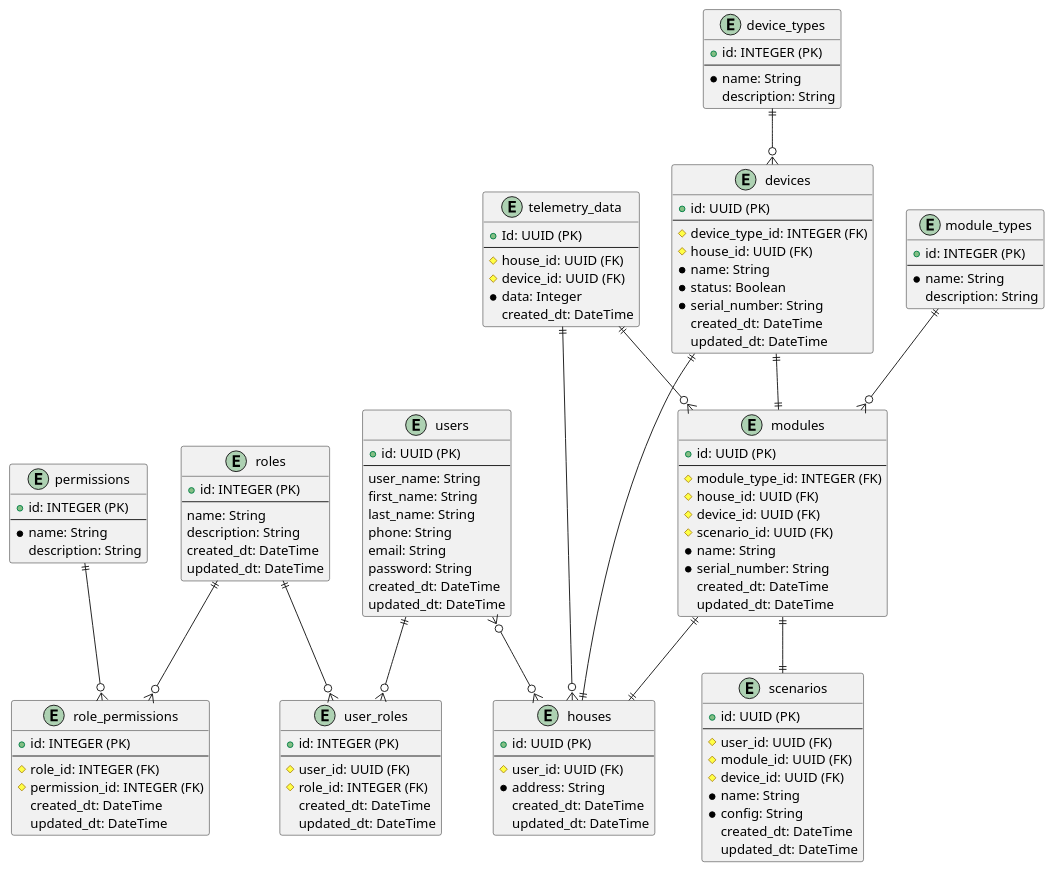
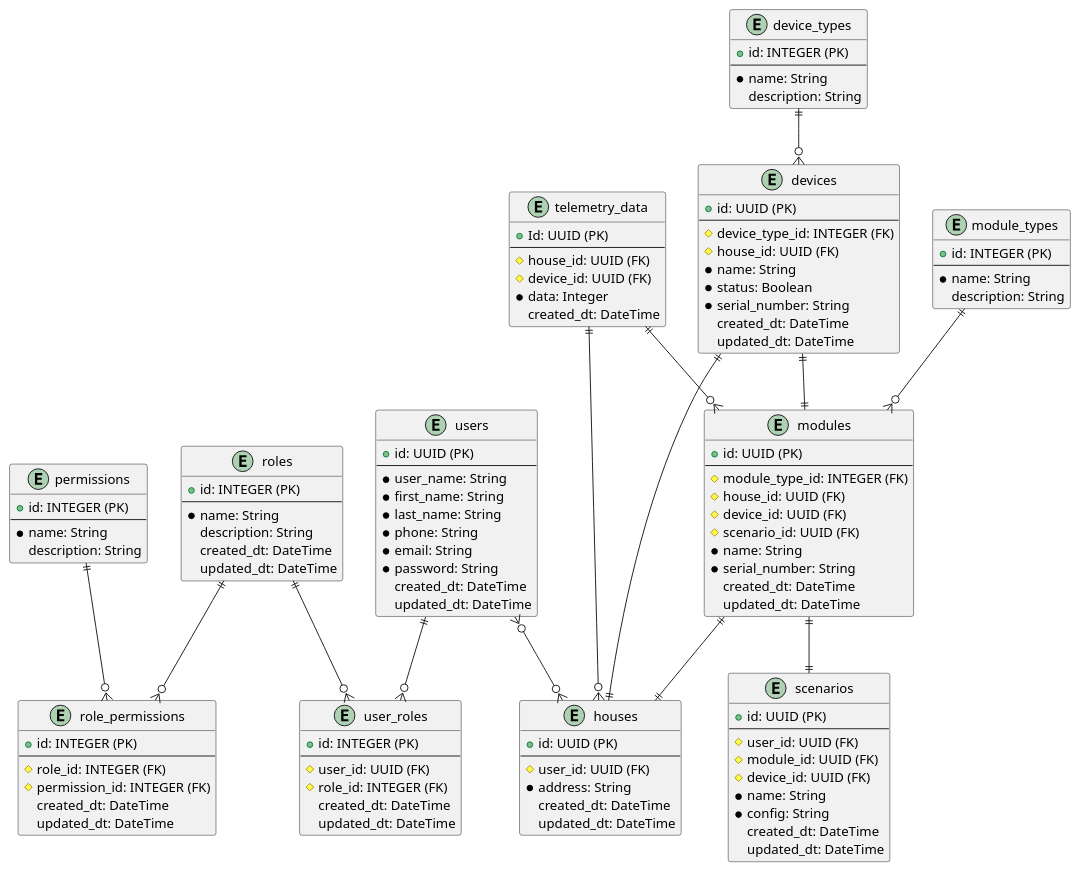
One commit to wiky-avis/architecture-sprint-3 changed the diagram in docs/diagrams/to_be/SmartHome_ER.puml. Above: the diagram before and after it, drawn with PlantUML.

Commit message:
правки после ревью

```diff
--- a/docs/diagrams/to_be/SmartHome_ER.puml
+++ b/docs/diagrams/to_be/SmartHome_ER.puml
@@ -1,132 +1,132 @@
 @startuml
 entity users {
   + id: UUID (PK)
   --
-  user_name: String
-  first_name: String
-  last_name: String
-  phone: String
-  email: String
-  password: String
+  * user_name: String
+  * first_name: String
+  * last_name: String
+  * phone: String
+  * email: String
+  * password: String
   created_dt: DateTime
   updated_dt: DateTime
 }
 
 entity roles {
   + id: INTEGER (PK)
   --
-  name: String
+  * name: String
   description: String
   created_dt: DateTime
   updated_dt: DateTime
 }
 
 entity user_roles {
   + id: INTEGER (PK)
   --
   # user_id: UUID (FK)
   # role_id: INTEGER (FK)
   created_dt: DateTime
   updated_dt: DateTime
 }
 
 entity permissions {
   + id: INTEGER (PK)
   --
   * name: String
   description: String
 }
 
 entity role_permissions {
   + id: INTEGER (PK)
   --
   # role_id: INTEGER (FK)
   # permission_id: INTEGER (FK)
   created_dt: DateTime
   updated_dt: DateTime
 }
 
 entity houses {
   + id: UUID (PK)
   --
   # user_id: UUID (FK)
   * address: String
   created_dt: DateTime
   updated_dt: DateTime
 }
 
 entity modules {
   + id: UUID (PK)
   --
   # module_type_id: INTEGER (FK)
   # house_id: UUID (FK)
   # device_id: UUID (FK)
   # scenario_id: UUID (FK)
   * name: String
   * serial_number: String
   created_dt: DateTime
   updated_dt: DateTime
 }
 
 entity module_types {
   + id: INTEGER (PK)
   --
   * name: String
   description: String
 }
 
 entity devices {
   + id: UUID (PK)
   --
   # device_type_id: INTEGER (FK)
   # house_id: UUID (FK)
   * name: String
   * status: Boolean
   * serial_number: String
   created_dt: DateTime
   updated_dt: DateTime
 }
 
 entity device_types {
   + id: INTEGER (PK)
   --
   * name: String
   description: String
 }
 
 entity telemetry_data {
   + Id: UUID (PK)
   --
   # house_id: UUID (FK)
   # device_id: UUID (FK)
   * data: Integer
   created_dt: DateTime
 }
 
 entity scenarios {
   + id: UUID (PK)
   --
   # user_id: UUID (FK)
   # module_id: UUID (FK)
   # device_id: UUID (FK)
   * name: String
   * config: String
   created_dt: DateTime
   updated_dt: DateTime
 }
 
 users ||--o{ user_roles
 roles ||--o{ user_roles
 roles ||--o{ role_permissions
 permissions ||--o{ role_permissions
 users }o--o{ houses
 module_types ||--o{ modules
 modules ||--|| houses
 device_types ||--o{ devices
 devices ||--|| modules
 devices ||--|| houses
 telemetry_data ||--o{ modules
 telemetry_data ||--o{ houses
 modules ||--|| scenarios
 
 @enduml
```
